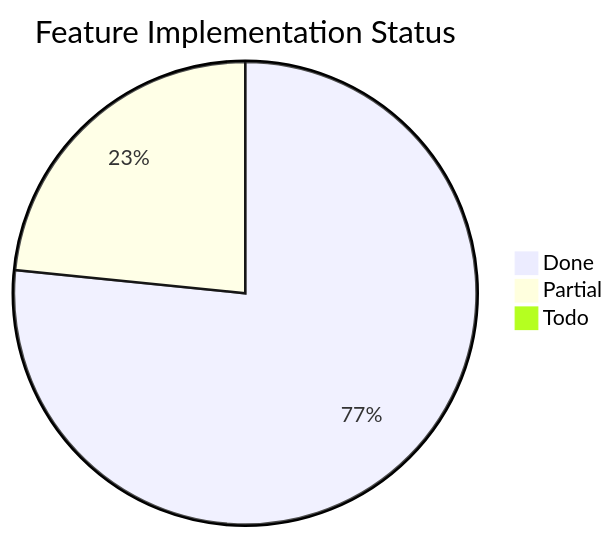
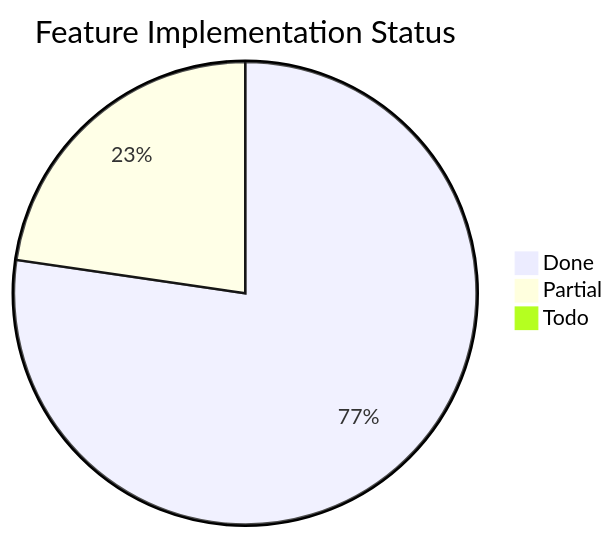
Before and after one commit to Papyrine/Morph: the third of 3 diagrams in docs/word-features.md, drawn with Mermaid. The commit also changed other lines of this file and 15 other files, not shown here.

````diff
--- a/docs/word-features.md
+++ b/docs/word-features.md
@@ -1963,6 +1964,6 @@
 ```mermaid
 pie title Feature Implementation Status
-    "Done" : 108
-    "Partial" : 33
+    "Done" : 109
+    "Partial" : 32
     "Todo" : 0
 ```
````
